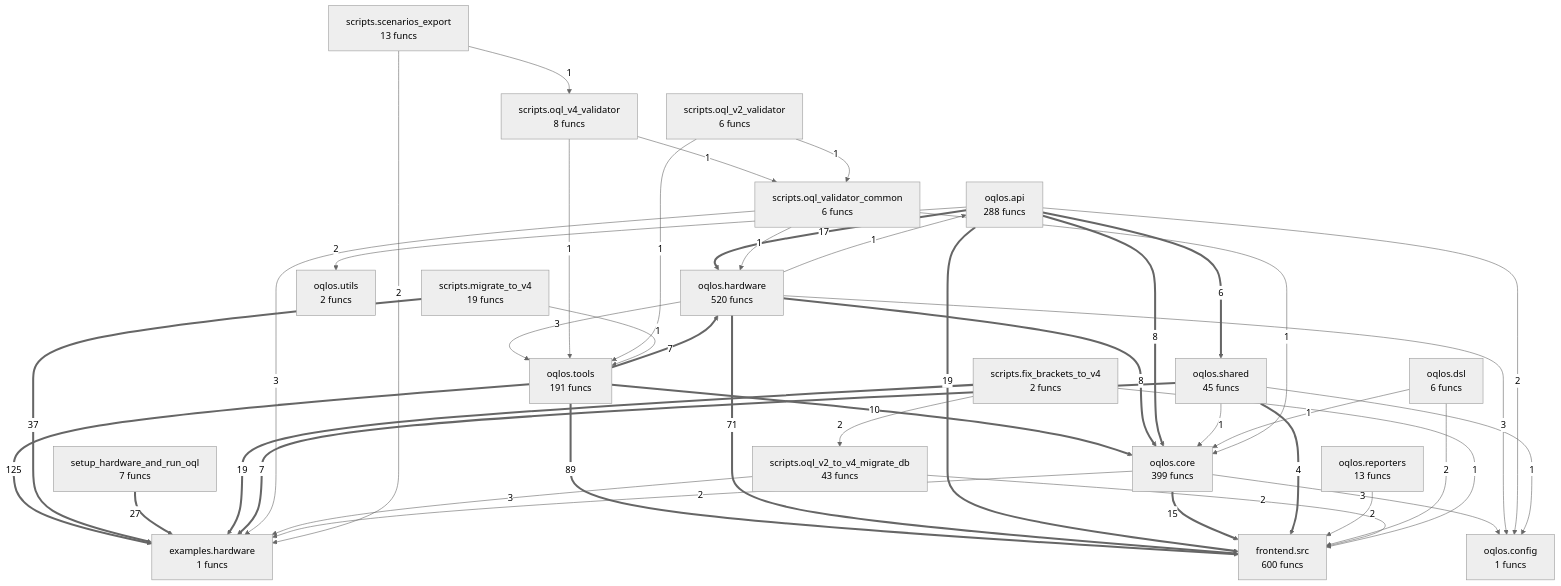
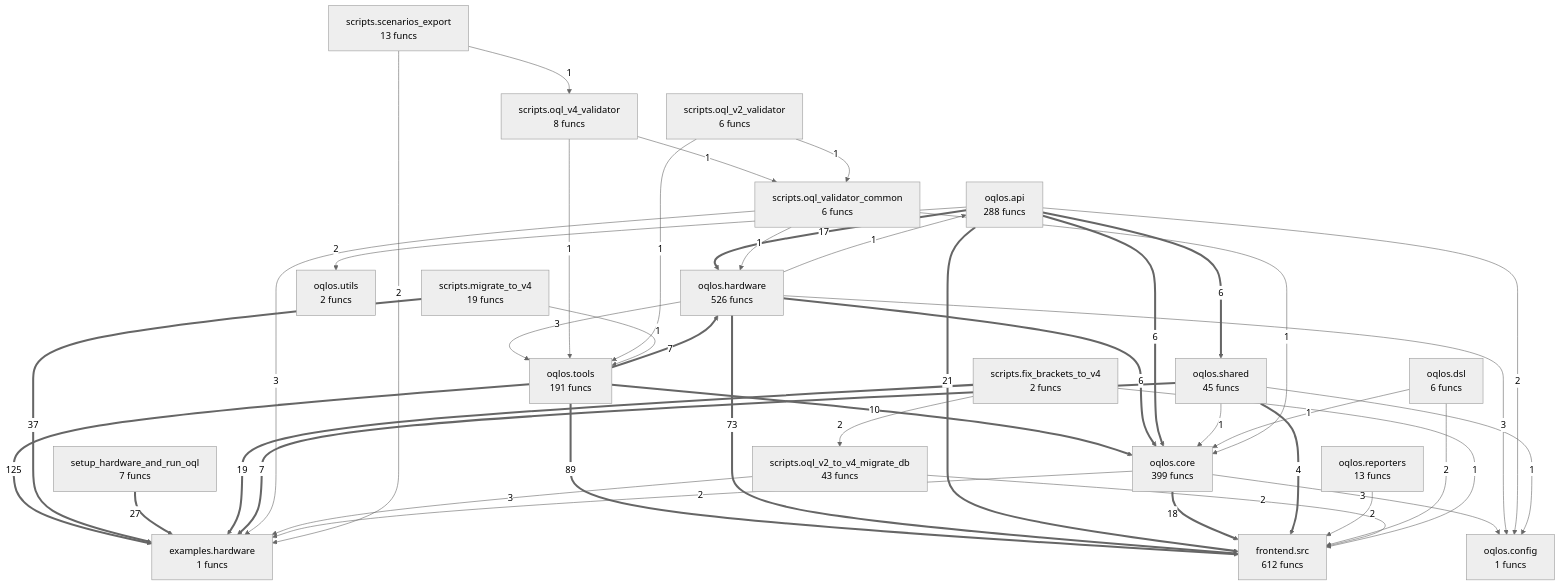
The diagram in project/compact_flow.mmd (oqlos/oqlos), drawn with Mermaid (neutral theme) before and after one commit. The commit also changed 137 other files, not shown here.

```diff
--- a/project/compact_flow.mmd
+++ b/project/compact_flow.mmd
@@ -1,63 +1,63 @@
 flowchart TD
-%% generated in 0.15s
+%% generated in 0.05s
     examples__hardware["examples.hardware<br/>1 funcs"]
-    frontend__src["frontend.src<br/>600 funcs"]
+    frontend__src["frontend.src<br/>612 funcs"]
     oqlos__api["oqlos.api<br/>288 funcs"]
     oqlos__config["oqlos.config<br/>1 funcs"]
     oqlos__core["oqlos.core<br/>399 funcs"]
     oqlos__dsl["oqlos.dsl<br/>6 funcs"]
-    oqlos__hardware["oqlos.hardware<br/>520 funcs"]
+    oqlos__hardware["oqlos.hardware<br/>526 funcs"]
     oqlos__reporters["oqlos.reporters<br/>13 funcs"]
     oqlos__shared["oqlos.shared<br/>45 funcs"]
     oqlos__tools["oqlos.tools<br/>191 funcs"]
     oqlos__utils["oqlos.utils<br/>2 funcs"]
     scripts__fix_brackets_to_v4["scripts.fix_brackets_to_v4<br/>2 funcs"]
     scripts__migrate_to_v4["scripts.migrate_to_v4<br/>19 funcs"]
     scripts__oql_v2_to_v4_migrate_db["scripts.oql_v2_to_v4_migrate_db<br/>43 funcs"]
     scripts__oql_v2_validator["scripts.oql_v2_validator<br/>6 funcs"]
     scripts__oql_v4_validator["scripts.oql_v4_validator<br/>8 funcs"]
     scripts__oql_validator_common["scripts.oql_validator_common<br/>6 funcs"]
     scripts__scenarios_export["scripts.scenarios_export<br/>13 funcs"]
     setup_hardware_and_run_oql["setup_hardware_and_run_oql<br/>7 funcs"]
     oqlos__tools ==>|125| examples__hardware
     oqlos__tools ==>|89| frontend__src
-    oqlos__hardware ==>|71| frontend__src
+    oqlos__hardware ==>|73| frontend__src
     scripts__migrate_to_v4 ==>|37| examples__hardware
     setup_hardware_and_run_oql ==>|27| examples__hardware
-    oqlos__api ==>|19| frontend__src
+    oqlos__api ==>|21| frontend__src
     scripts__fix_brackets_to_v4 ==>|19| examples__hardware
+    oqlos__core ==>|18| frontend__src
     oqlos__api ==>|17| oqlos__hardware
-    oqlos__core ==>|15| frontend__src
     oqlos__tools ==>|10| oqlos__core
-    oqlos__hardware ==>|8| oqlos__core
-    oqlos__api ==>|8| oqlos__core
     oqlos__tools ==>|7| oqlos__hardware
     oqlos__shared ==>|7| examples__hardware
+    oqlos__hardware ==>|6| oqlos__core
+    oqlos__api ==>|6| oqlos__core
     oqlos__api ==>|6| oqlos__shared
     oqlos__shared ==>|4| frontend__src
     oqlos__core -->|3| oqlos__config
     oqlos__hardware -->|3| oqlos__config
     oqlos__hardware -->|3| oqlos__tools
     scripts__oql_validator_common -->|3| examples__hardware
     scripts__oql_v2_to_v4_migrate_db -->|3| examples__hardware
     oqlos__core -->|2| examples__hardware
     oqlos__reporters -->|2| frontend__src
     oqlos__api -->|2| oqlos__utils
     oqlos__api -->|2| oqlos__config
     oqlos__dsl -->|2| frontend__src
     scripts__fix_brackets_to_v4 -->|2| scripts__oql_v2_to_v4_migrate_db
     scripts__oql_v2_to_v4_migrate_db -->|2| frontend__src
     scripts__scenarios_export -->|2| examples__hardware
     oqlos__hardware -->|1| oqlos__api
     oqlos__shared -->|1| oqlos__core
     oqlos__shared -->|1| oqlos__config
     oqlos__dsl -->|1| oqlos__core
     scripts__oql_validator_common -->|1| oqlos__core
     scripts__oql_validator_common -->|1| oqlos__hardware
     scripts__oql_v4_validator -->|1| oqlos__tools
     scripts__oql_v4_validator -->|1| scripts__oql_validator_common
     scripts__fix_brackets_to_v4 -->|1| frontend__src
     scripts__oql_v2_validator -->|1| oqlos__tools
     scripts__oql_v2_validator -->|1| scripts__oql_validator_common
     scripts__migrate_to_v4 -->|1| oqlos__tools
     scripts__scenarios_export -->|1| scripts__oql_v4_validator
```
